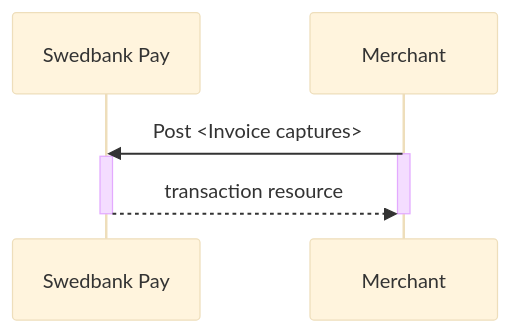
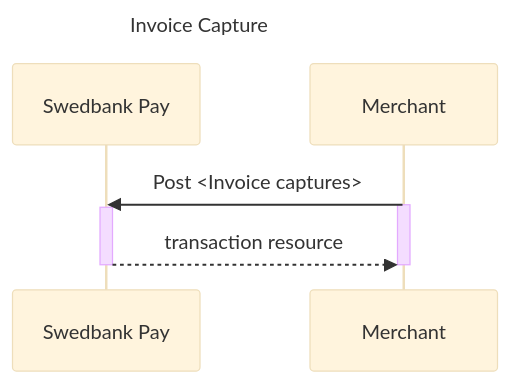
Before and after one commit to SwedbankPay/developer.swedbankpay.com: the diagram in _includes/invoice-capture.md, drawn with Mermaid (base theme). The commit also changed 66 other files, not shown here.

Commit message:
Added titles in sequence diagrams

````diff
--- a/_includes/invoice-capture.md
+++ b/_includes/invoice-capture.md
@@ -143,11 +143,12 @@
 ```mermaid
 sequenceDiagram
+title: Invoice Capture
   participant SwedbankPay as Swedbank Pay
 
   Merchant->>SwedbankPay: Post <Invoice captures>
   activate Merchant
   activate SwedbankPay
   SwedbankPay-->>Merchant: transaction resource
   deactivate Merchant
   deactivate SwedbankPay
 ```
````
